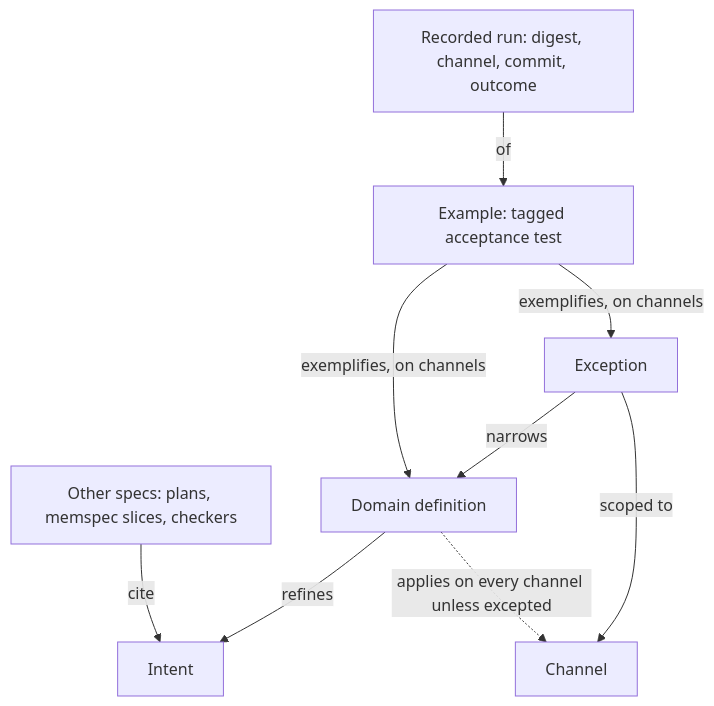
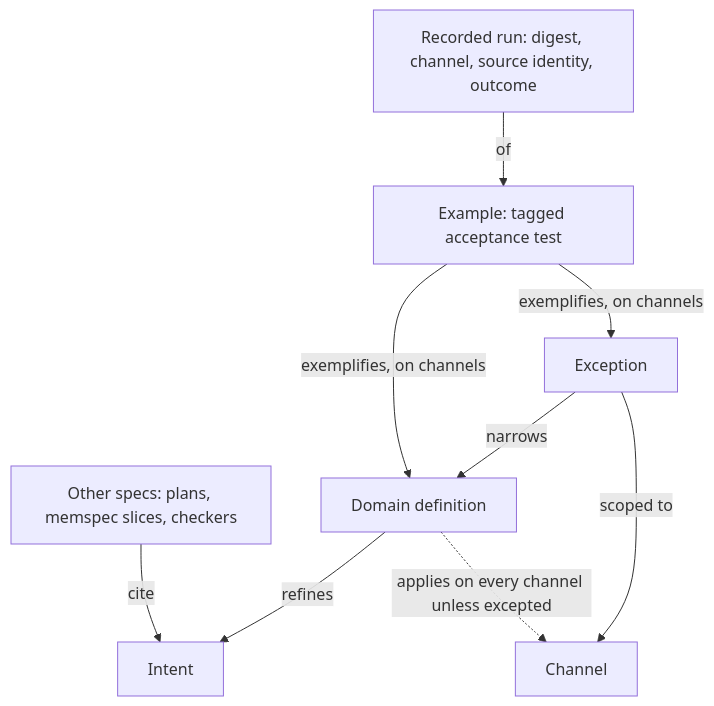
The first of 3 diagrams in docs/plans/2026-10-22-1005-feat-intent-catalog-plan.md (MortenHusted/lemmaspec), drawn with Mermaid before and after one commit. The commit also changed other lines of this file, not shown here.

````diff
--- a/docs/plans/2026-10-22-1005-feat-intent-catalog-plan.md
+++ b/docs/plans/2026-10-22-1005-feat-intent-catalog-plan.md
@@ -53,12 +58,12 @@
 ```mermaid
 flowchart TB
   I[Intent]
   D[Domain definition] -->|refines| I
   X[Exception] -->|narrows| D
   X -->|scoped to| C[Channel]
   D -.->|applies on every channel unless excepted| C
   E["Example: tagged acceptance test"] -->|exemplifies, on channels| D
   E -->|exemplifies, on channels| X
-  R["Recorded run: digest, channel, commit, outcome"] -->|of| E
+  R["Recorded run: digest, channel, source identity, outcome"] -->|of| E
   S["Other specs: plans, memspec slices, checkers"] -->|cite| I
 ```
````
